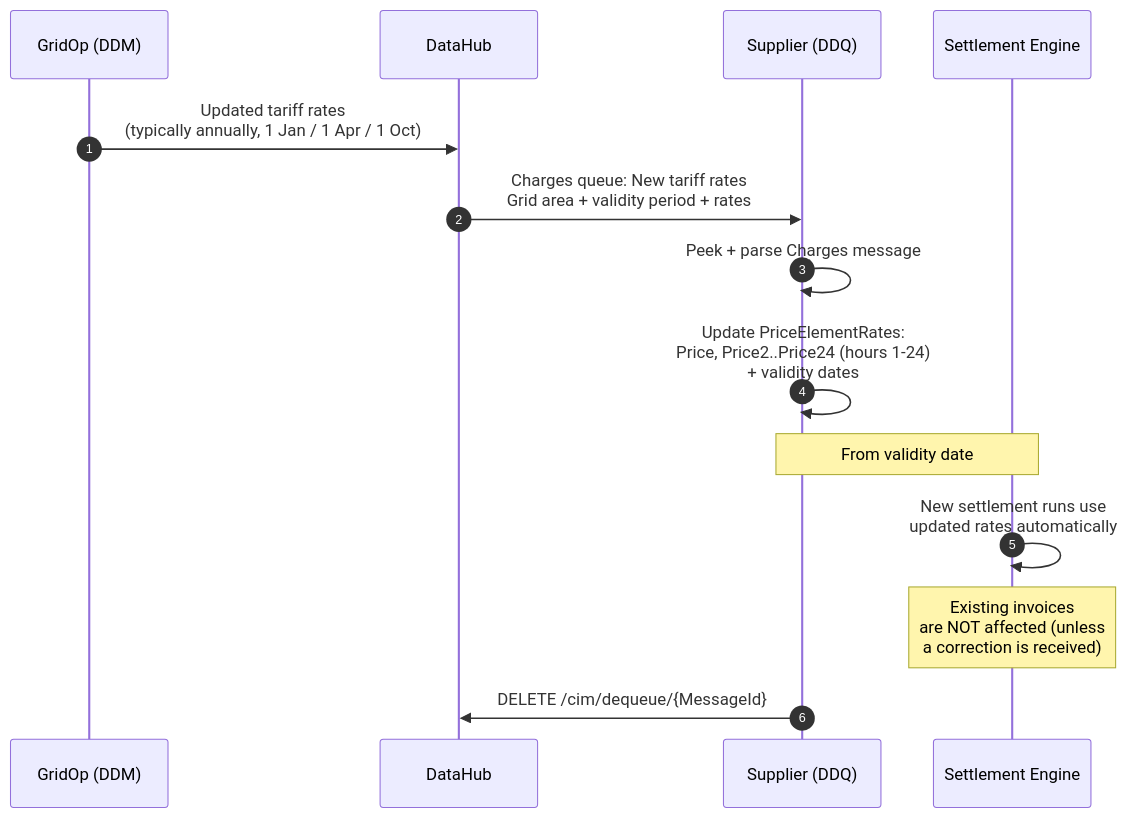
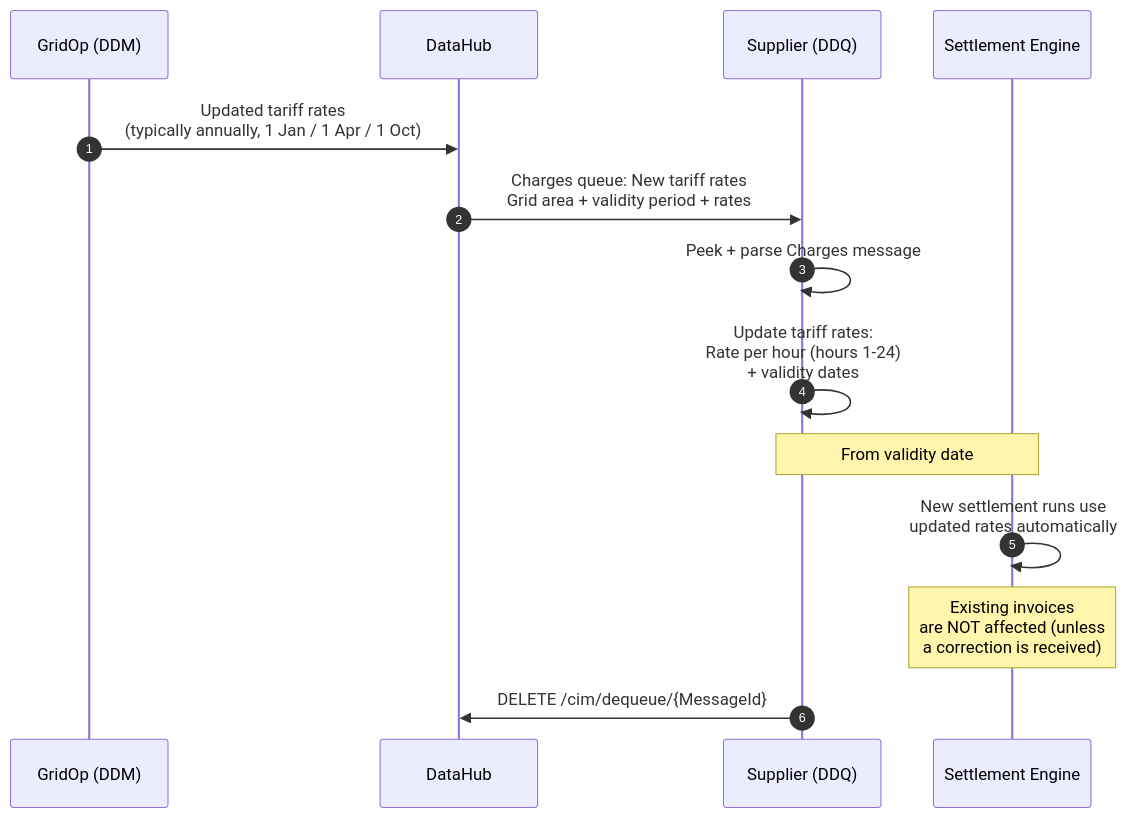
The sixth of 7 diagrams in docs/datahub3-sequence-diagrams.md (kloppnr1/DataHub.Exploration), drawn with Mermaid before and after one commit. The commit also changed other lines of this file and 4 other files, not shown here.

````diff
--- a/docs/datahub3-sequence-diagrams.md
+++ b/docs/datahub3-sequence-diagrams.md
@@ -220,22 +220,22 @@
 ```mermaid
 sequenceDiagram
     autonumber
     participant Netvirk as GridOp (DDM)
     participant DH as DataHub
     participant DDQ as Supplier (DDQ)
     participant Settl as Settlement Engine
 
     Netvirk->>DH: Updated tariff rates<br/>(typically annually, 1 Jan / 1 Apr / 1 Oct)
     DH->>DDQ: Charges queue: New tariff rates<br/>Grid area + validity period + rates
 
     DDQ->>DDQ: Peek + parse Charges message
-    DDQ->>DDQ: Update PriceElementRates:<br/>Price, Price2..Price24 (hours 1-24)<br/>+ validity dates
+    DDQ->>DDQ: Update tariff rates:<br/>Rate per hour (hours 1-24)<br/>+ validity dates
 
     Note over DDQ,Settl: From validity date
 
     Settl->>Settl: New settlement runs use<br/>updated rates automatically
 
     Note over Settl: Existing invoices<br/>are NOT affected (unless<br/>a correction is received)
 
     DDQ->>DH: DELETE /cim/dequeue/{MessageId}
 ```
````
